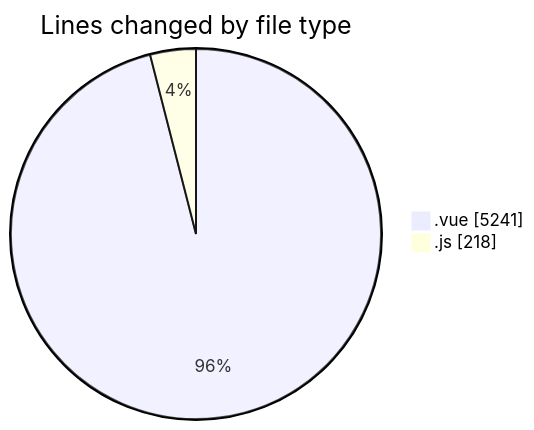
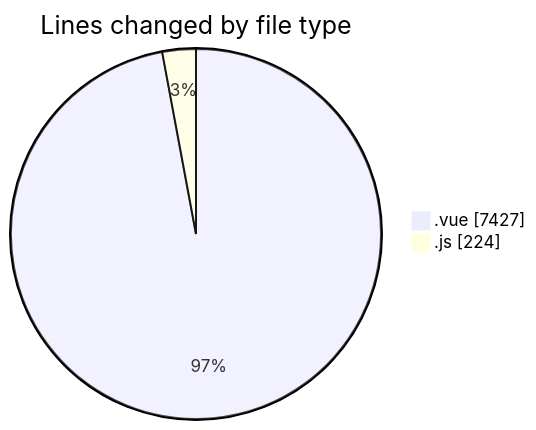
Before and after one commit to lephambinh05/code-tracking: the first of 2 diagrams in 2025-08-14/rentotp/README.md, drawn with Mermaid. The commit also changed other lines of this file and 1 other file, not shown here.

````diff
--- a/2025-08-14/rentotp/README.md
+++ b/2025-08-14/rentotp/README.md
@@ -24,6 +25,6 @@
 ```mermaid
 pie showData
 title Lines changed by file type
-".vue" : 5241
-".js" : 218
+".vue" : 7427
+".js" : 224
 ```
````
